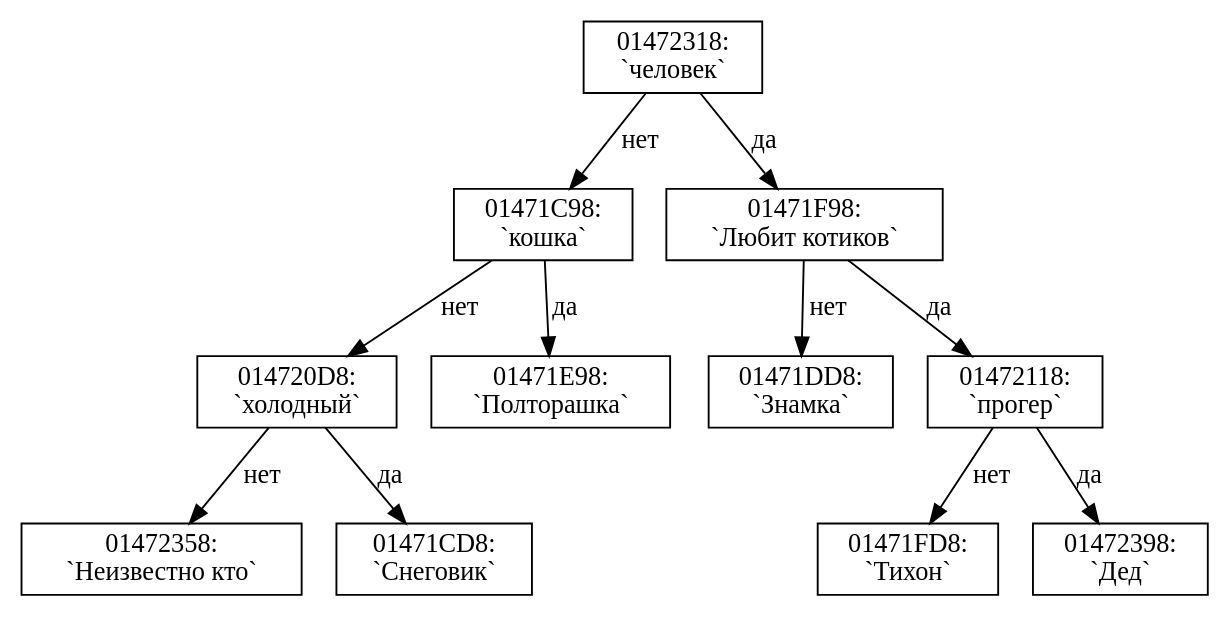
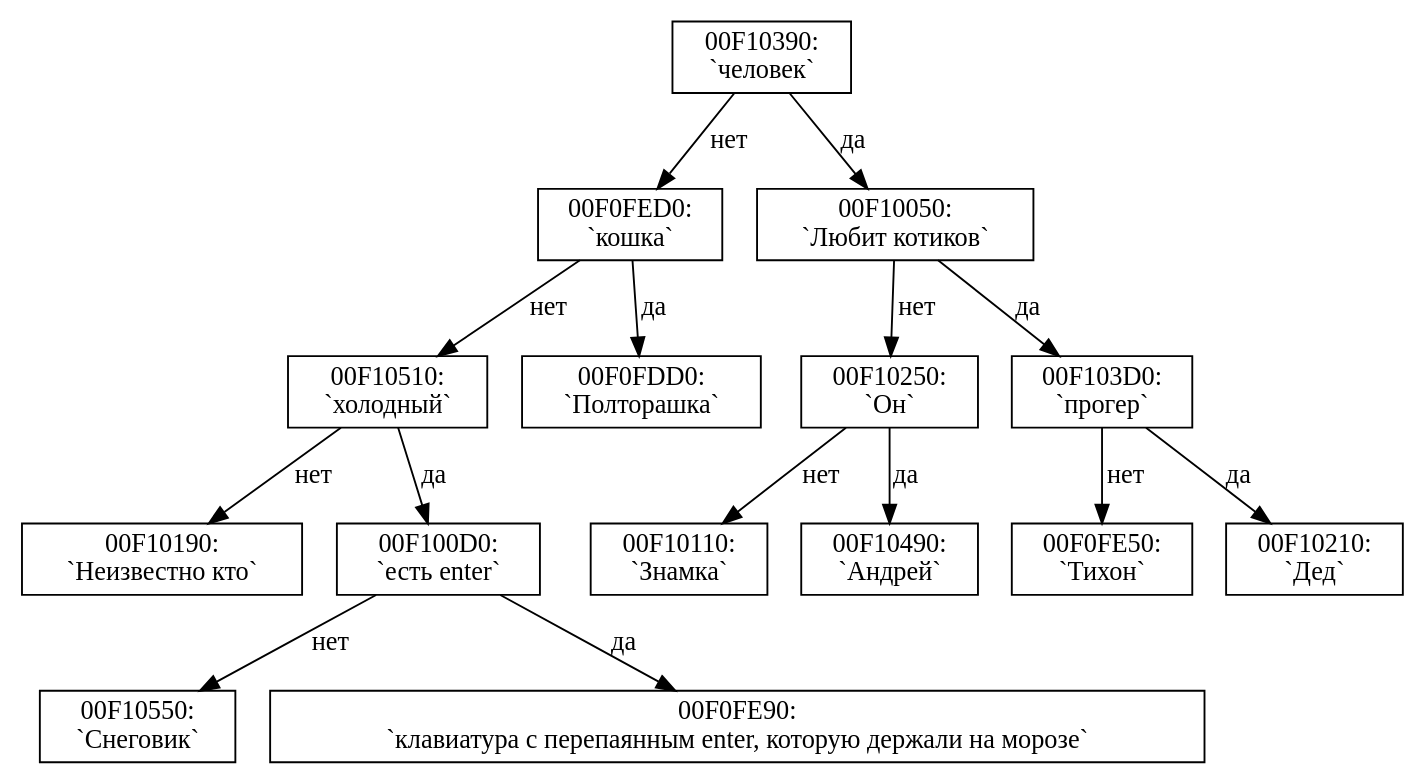
One commit to AndreyVV-100/Akinator changed the diagram in Graph/outUTF.dot. Above: the diagram before and after it, drawn with Graphviz. The commit also changed 10 other files, not shown here.

```diff
--- a/Graph/outUTF.dot
+++ b/Graph/outUTF.dot
@@ -1,15 +1,19 @@
 digraph G{
 rankdir = HR;
  node[shape=box];
-"01472318:\n `человек`";
-"01472318:\n `человек`" -> "01471C98:\n `кошка`" [label = "нет"]
-;"01471C98:\n `кошка`" -> "014720D8:\n `холодный`" [label = "нет"]
-;"014720D8:\n `холодный`" -> "01472358:\n `Неизвестно кто`" [label = "нет"]
-;"014720D8:\n `холодный`" -> "01471CD8:\n `Снеговик`" [label = "да"]
-;"01471C98:\n `кошка`" -> "01471E98:\n `Полторашка`" [label = "да"]
-;"01472318:\n `человек`" -> "01471F98:\n `Любит котиков`" [label = "да"]
-;"01471F98:\n `Любит котиков`" -> "01471DD8:\n `Знамка`" [label = "нет"]
-;"01471F98:\n `Любит котиков`" -> "01472118:\n `прогер`" [label = "да"]
-;"01472118:\n `прогер`" -> "01471FD8:\n `Тихон`" [label = "нет"]
-;"01472118:\n `прогер`" -> "01472398:\n `Дед`" [label = "да"]
+"00F10390:\n `человек`";
+"00F10390:\n `человек`" -> "00F0FED0:\n `кошка`" [label = "нет"]
+;"00F0FED0:\n `кошка`" -> "00F10510:\n `холодный`" [label = "нет"]
+;"00F10510:\n `холодный`" -> "00F10190:\n `Неизвестно кто`" [label = "нет"]
+;"00F10510:\n `холодный`" -> "00F100D0:\n `есть enter`" [label = "да"]
+;"00F100D0:\n `есть enter`" -> "00F10550:\n `Снеговик`" [label = "нет"]
+;"00F100D0:\n `есть enter`" -> "00F0FE90:\n `клавиатура с перепаянным enter, которую держали на морозе`" [label = "да"]
+;"00F0FED0:\n `кошка`" -> "00F0FDD0:\n `Полторашка`" [label = "да"]
+;"00F10390:\n `человек`" -> "00F10050:\n `Любит котиков`" [label = "да"]
+;"00F10050:\n `Любит котиков`" -> "00F10250:\n `Он`" [label = "нет"]
+;"00F10250:\n `Он`" -> "00F10110:\n `Знамка`" [label = "нет"]
+;"00F10250:\n `Он`" -> "00F10490:\n `Андрей`" [label = "да"]
+;"00F10050:\n `Любит котиков`" -> "00F103D0:\n `прогер`" [label = "да"]
+;"00F103D0:\n `прогер`" -> "00F0FE50:\n `Тихон`" [label = "нет"]
+;"00F103D0:\n `прогер`" -> "00F10210:\n `Дед`" [label = "да"]
 ;}
```
